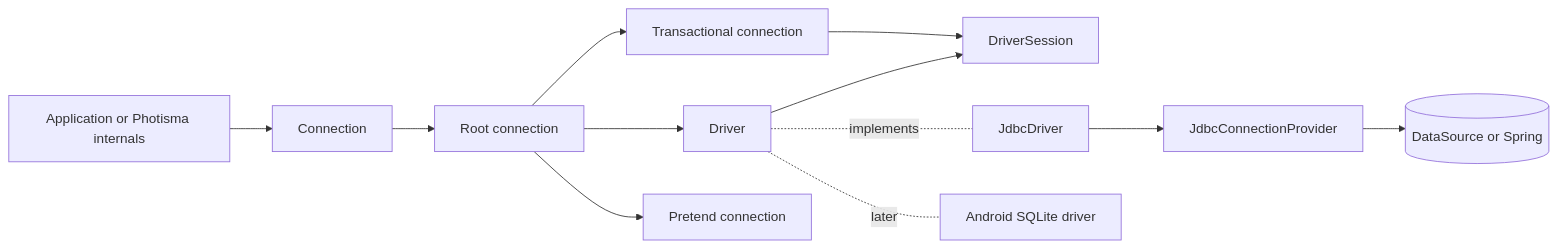
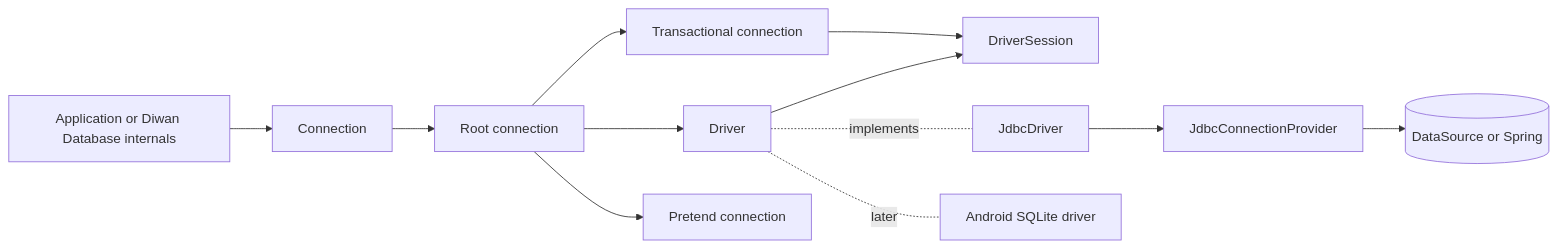
The first of 2 diagrams in docs/architecture/connection-design.md (aristonis/diwan-database), drawn with Mermaid before and after one commit. The commit also changed other lines of this file and 237 other files, not shown here.

First line of the commit message:
refactor!: rename the library to Diwan Database

````diff
--- a/docs/architecture/connection-design.md
+++ b/docs/architecture/connection-design.md
@@ -382,14 +382,14 @@
 ```mermaid
 flowchart LR
-    App[Application or Photisma internals] --> C[Connection]
+    App[Application or Diwan Database internals] --> C[Connection]
     C --> Root[Root connection]
     Root --> D[Driver]
     Root --> TX[Transactional connection]
     TX --> S[DriverSession]
     D --> S
     Root --> P[Pretend connection]
     D -.implements.- J[JdbcDriver]
     J --> CP[JdbcConnectionProvider]
     CP --> DS[(DataSource or Spring)]
     D -.later.- A[Android SQLite driver]
 ```
````
